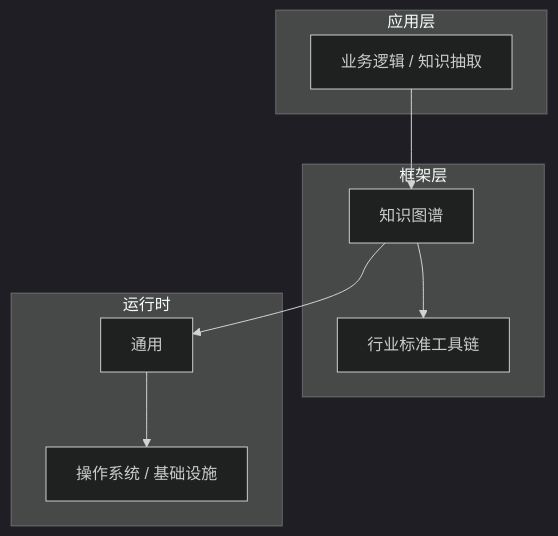
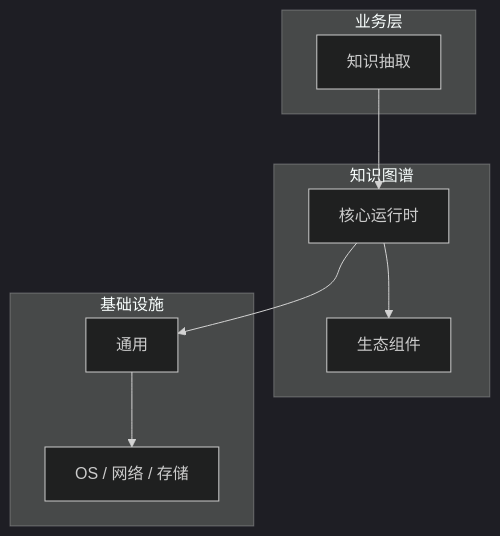
The diagram in articles/知识图谱/chapters/013-知识抽取核心概念与原理.md (yanggan2015/knowledge-json-v2), drawn with Mermaid (dark theme) before and after one commit. The commit also changed other lines of this file and 10127 other files, not shown here.

````diff
--- a/articles/知识图谱/chapters/013-知识抽取核心概念与原理.md
+++ b/articles/知识图谱/chapters/013-知识抽取核心概念与原理.md
@@ -45,18 +30,18 @@
 ```mermaid
 graph TB
-    subgraph 应用层
-        A[业务逻辑 / 知识抽取]
+    subgraph 业务层
+        A[知识抽取]
     end
-    subgraph 框架层
-        B[知识图谱]
-        C[行业标准工具链]
+    subgraph 知识图谱
+        B[核心运行时]
+        C[生态组件]
     end
-    subgraph 运行时
+    subgraph 基础设施
         D[通用]
-        E[操作系统 / 基础设施]
+        E[OS / 网络 / 存储]
     end
     A --> B
     B --> C
     B --> D
     D --> E
 ```
````
